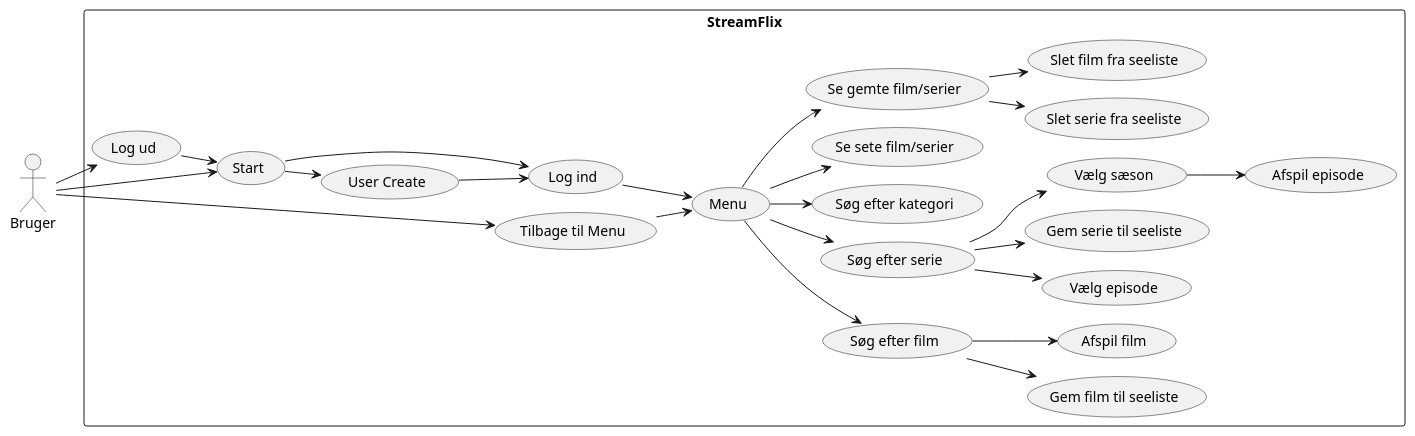
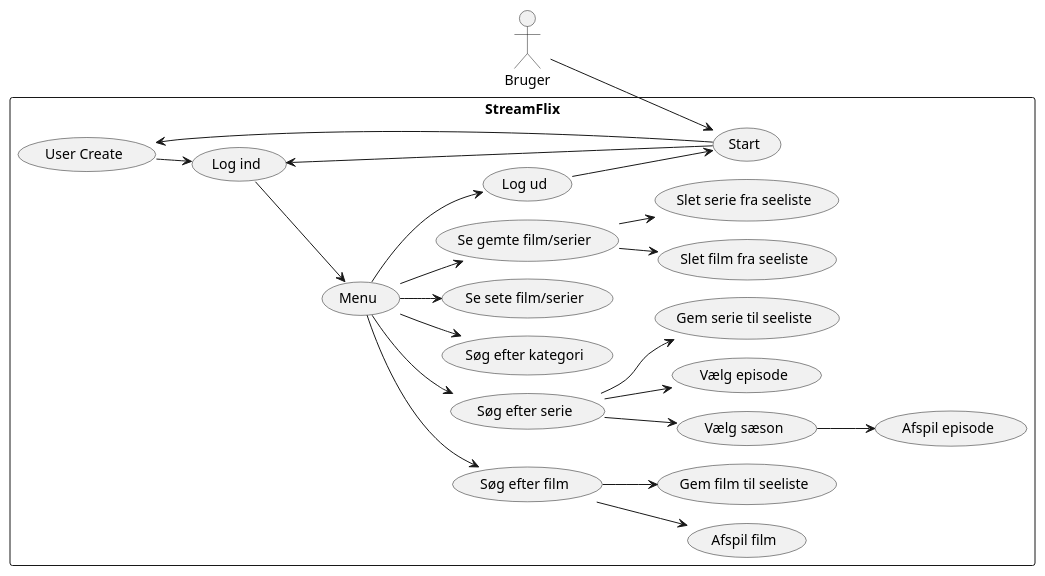
The diagram in doc/dynamic/Use Case.puml (daud0095/DAT-1.-semester---SP3-en-streamingtjeneste), drawn with PlantUML before and after one commit.

Commit message:
UC med log ud

```diff
--- a/doc/dynamic/Use Case.puml
+++ b/doc/dynamic/Use Case.puml
@@ -1,67 +1,64 @@
 @startuml
 !pragma layout smetana
 
 left to right direction
 
 actor Bruger as u
 
 rectangle StreamFlix {
 
   usecase "User Create" as UC1
   usecase "Log ind" as UC2
 
   usecase "Søg efter film" as UC3
   usecase "Søg efter serie" as UC4
   usecase "Søg efter kategori" as UC5
   usecase "Se sete film/serier" as UC6
   usecase "Se gemte film/serier" as UC7
 
   usecase "Afspil film" as UC8
   usecase "Gem film til seeliste" as UC9
   usecase "Slet film fra seeliste" as UC10
 
   usecase "Afspil episode" as UC11
   usecase "Vælg sæson" as UC12
   usecase "Vælg episode" as UC13
   usecase "Gem serie til seeliste" as UC14
   usecase "Slet serie fra seeliste" as UC15
 
   usecase "Menu" as UC16
-  usecase "Tilbage til Menu" as UC17
-  usecase "Log ud" as UC18
-  usecase "Start" as UC19
+  usecase "Log ud" as UC17
+  usecase "Start" as UC18
 
 }
 
 ' Brugeren starter disse selv
-u --> UC19
-UC19 --> UC1
-UC19 --> UC2
+u --> UC18
+UC18 --> UC1
+UC18 --> UC2
 UC2 --> UC16
 UC1 --> UC2
 UC16 --> UC3
 UC16 --> UC4
 UC16 --> UC5
 UC16 --> UC6
 UC16 --> UC7
 UC4 --> UC12
 UC4 --> UC13
 UC3 --> UC9
 UC7 --> UC10
 UC12 --> UC11
 UC4 --> UC14
 UC7 --> UC15
 UC3 --> UC8
 
 ' Knapper man altid kan tilgås
-UC17 --> UC16
-UC18 --> UC19
-u --> UC17
-u --> UC18
+UC17 --> UC18
+UC16 --> UC17
 
 
 }
 
 
 
 @enduml
```
